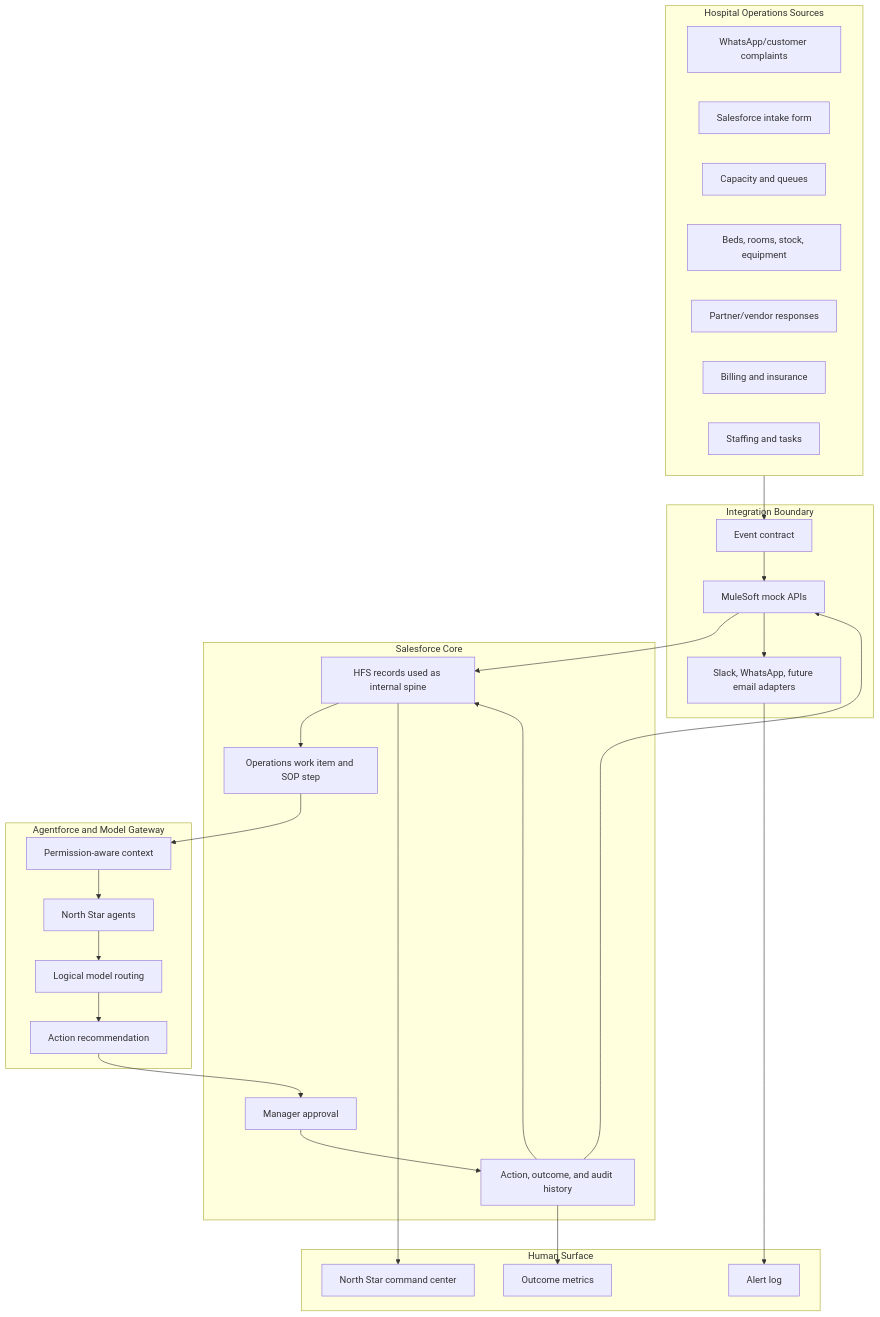
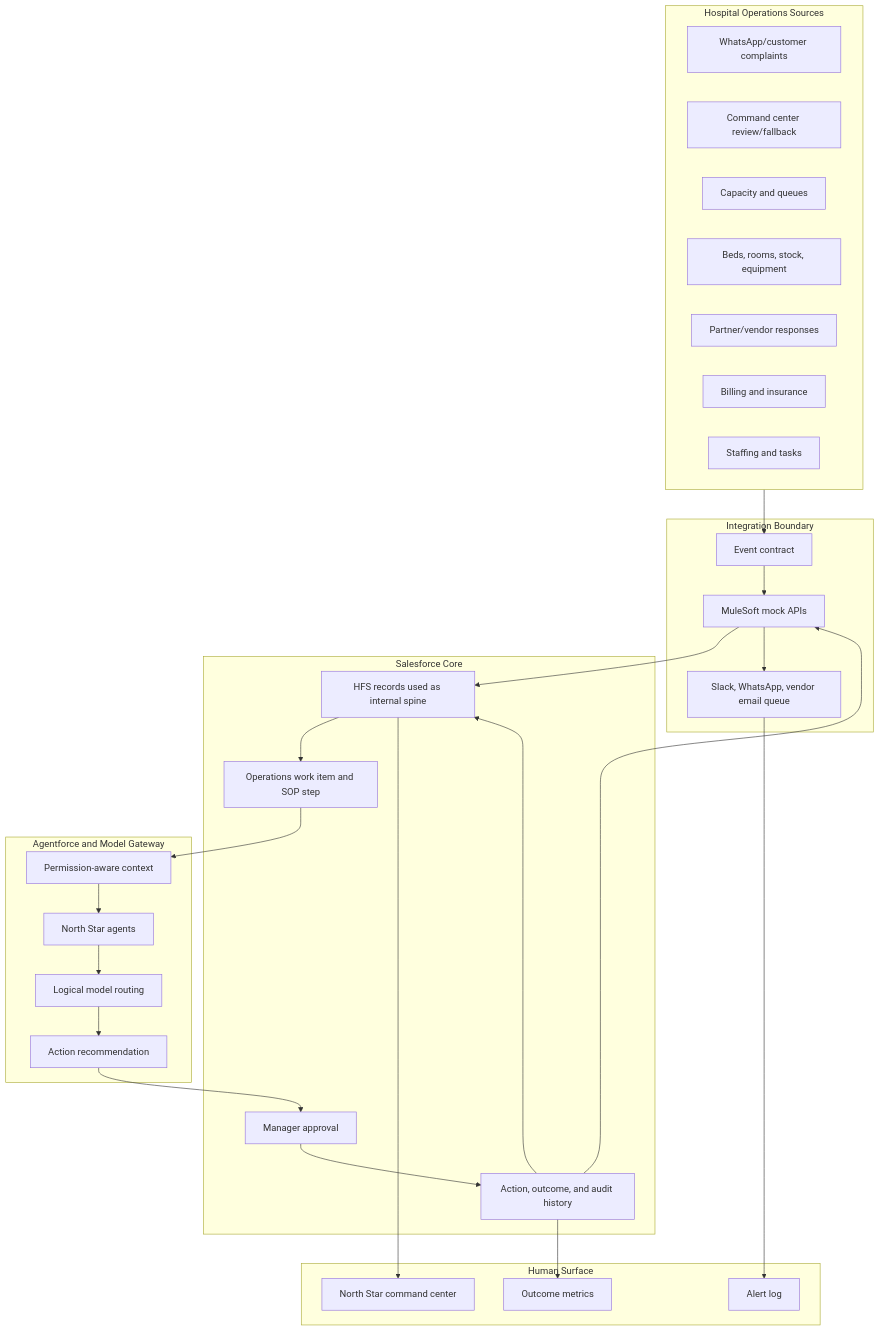
The second of 2 diagrams in docs/architecture.md (freeapikeys/HackathonSalesforce), drawn with Mermaid before and after one commit. The commit also changed other lines of this file and 24 other files, not shown here.

Commit message:
feat: complete north star approval demo flow

````diff
--- a/docs/architecture.md
+++ b/docs/architecture.md
@@ -49,48 +50,48 @@
 ```mermaid
 flowchart TB
     subgraph Sources["Hospital Operations Sources"]
         COMP["WhatsApp/customer complaints"]
-        FORM["Salesforce intake form"]
+        REVIEW_IN["Command center review/fallback"]
         CAP["Capacity and queues"]
         RES["Beds, rooms, stock, equipment"]
         PARTNER["Partner/vendor responses"]
         BILL["Billing and insurance"]
         STAFF["Staffing and tasks"]
     end
 
     subgraph Integration["Integration Boundary"]
         EVENTS["Event contract"]
         MULE["MuleSoft mock APIs"]
-        CHANNELS["Slack, WhatsApp, future email adapters"]
+        CHANNELS["Slack, WhatsApp, vendor email queue"]
     end
 
     subgraph Salesforce["Salesforce Core"]
         RECORDS["HFS records used as internal spine"]
         WORK["Operations work item and SOP step"]
         APPROVAL["Manager approval"]
         AUDIT["Action, outcome, and audit history"]
     end
 
     subgraph Intelligence["Agentforce and Model Gateway"]
         CONTEXT["Permission-aware context"]
         ROUTER["Logical model routing"]
         AGENT["North Star agents"]
         REC["Action recommendation"]
     end
 
     subgraph UI["Human Surface"]
         LWC["North Star command center"]
         ALERTS["Alert log"]
         METRICS["Outcome metrics"]
     end
 
     Sources --> EVENTS --> MULE --> RECORDS
     RECORDS --> WORK --> CONTEXT --> AGENT
     AGENT --> ROUTER --> REC --> APPROVAL
     APPROVAL --> AUDIT
     AUDIT --> MULE --> CHANNELS
     AUDIT --> RECORDS
     RECORDS --> LWC
     CHANNELS --> ALERTS
     AUDIT --> METRICS
 ```
````
